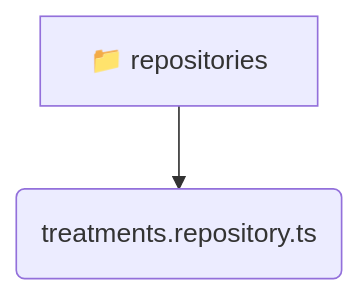
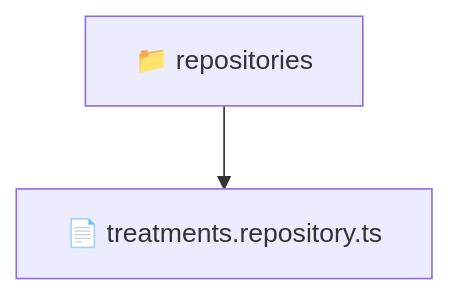
One commit to beginwebdev2002/fullstack-mavluda changed the diagram in backend/src/modules/treatments/infrastructure/repositories/README.md. Above: the diagram before and after it, drawn with Mermaid. The commit also changed other lines of this file and 163 other files, not shown here.

````diff
--- a/backend/src/modules/treatments/infrastructure/repositories/README.md
+++ b/backend/src/modules/treatments/infrastructure/repositories/README.md
@@ -9,5 +10,5 @@
 ```mermaid
 graph TD
-  repositories[📁 repositories]
-  repositories --> repositories_treatments_repository_ts(treatments.repository.ts)
+  Root["📁 repositories"]
+  Root --> treatmentsrepositoryts["📄 treatments.repository.ts"]
 ```
````
